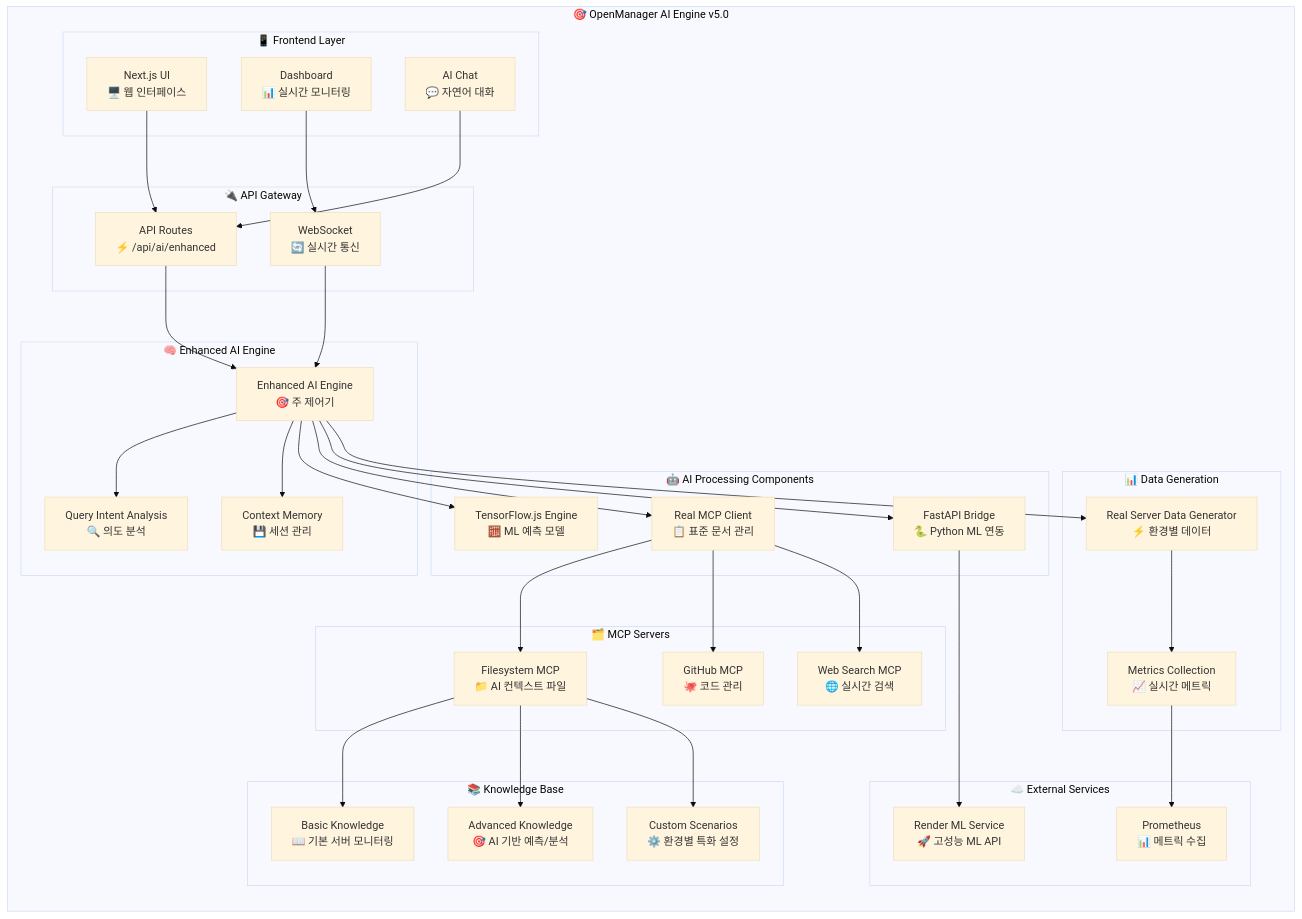
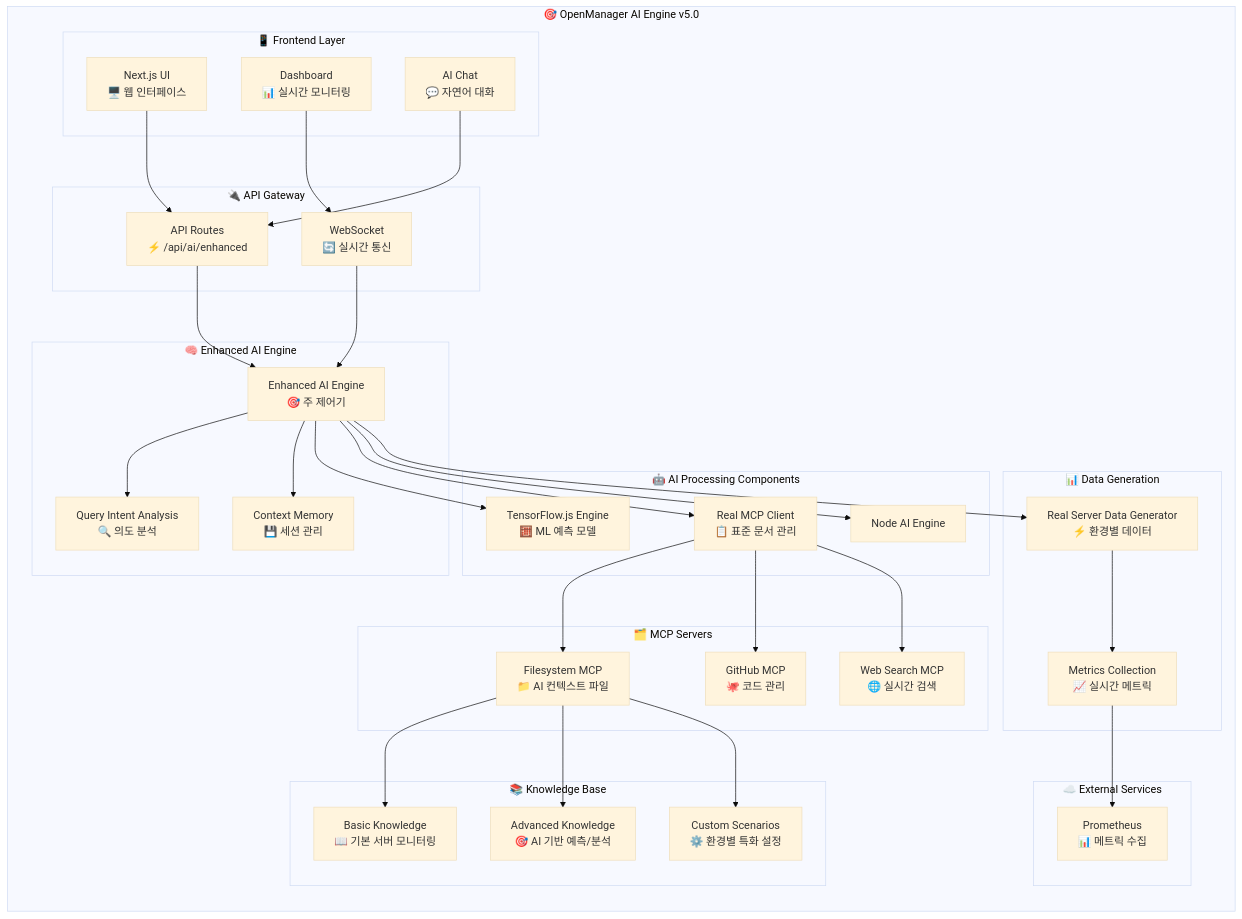
Before and after one commit to skyasu2/openmanager-vibe-v5: the diagram in docs/AI-ENGINE-ARCHITECTURE.md, drawn with Mermaid (base theme). The commit also changed other lines of this file and 18 other files, not shown here.

Commit message:
Remove Python bridge and update docs

````diff
--- a/docs/AI-ENGINE-ARCHITECTURE.md
+++ b/docs/AI-ENGINE-ARCHITECTURE.md
@@ -17,79 +17,77 @@
 ```mermaid
 graph TB
     subgraph "🎯 OpenManager AI Engine v5.0"
         direction TB
         
         subgraph "📱 Frontend Layer"
             UI["Next.js UI<br/>🖥️ 웹 인터페이스"]
             Dashboard["Dashboard<br/>📊 실시간 모니터링"]
             Chat["AI Chat<br/>💬 자연어 대화"]
         end
         
         subgraph "🔌 API Gateway"
             API["API Routes<br/>⚡ /api/ai/enhanced"]
             WS["WebSocket<br/>🔄 실시간 통신"]
         end
         
         subgraph "🧠 Enhanced AI Engine"
             Core["Enhanced AI Engine<br/>🎯 주 제어기"]
             Intent["Query Intent Analysis<br/>🔍 의도 분석"]
             Context["Context Memory<br/>💾 세션 관리"]
         end
         
         subgraph "🤖 AI Processing Components"
             TF["TensorFlow.js Engine<br/>🧮 ML 예측 모델"]
             MCP["Real MCP Client<br/>📋 표준 문서 관리"]
-            FastAPI["FastAPI Bridge<br/>🐍 Python ML 연동"]
+            NodeAI["Node AI Engine"]
         end
         
         subgraph "📚 Knowledge Base"
             Basic["Basic Knowledge<br/>📖 기본 서버 모니터링"]
             Advanced["Advanced Knowledge<br/>🎯 AI 기반 예측/분석"]
             Custom["Custom Scenarios<br/>⚙️ 환경별 특화 설정"]
         end
         
         subgraph "🗂️ MCP Servers"
             FileSystem["Filesystem MCP<br/>📁 AI 컨텍스트 파일"]
             GitHub["GitHub MCP<br/>🐙 코드 관리"]
             WebSearch["Web Search MCP<br/>🌐 실시간 검색"]
         end
         
         subgraph "📊 Data Generation"
             DataGen["Real Server Data Generator<br/>⚡ 환경별 데이터"]
             Metrics["Metrics Collection<br/>📈 실시간 메트릭"]
         end
         
         subgraph "☁️ External Services"
-            Render["Render ML Service<br/>🚀 고성능 ML API"]
             Prometheus["Prometheus<br/>📊 메트릭 수집"]
         end
     end
     
     %% 연결 관계
     UI --> API
     Dashboard --> WS
     Chat --> API
     
     API --> Core
     WS --> Core
     
     Core --> Intent
     Core --> Context
     Core --> TF
     Core --> MCP
-    Core --> FastAPI
+    Core --> NodeAI
     
     MCP --> FileSystem
     MCP --> GitHub
     MCP --> WebSearch
     
     FileSystem --> Basic
     FileSystem --> Advanced
     FileSystem --> Custom
     
     Core --> DataGen
     DataGen --> Metrics
     
-    FastAPI --> Render
     Metrics --> Prometheus
 ```
````
